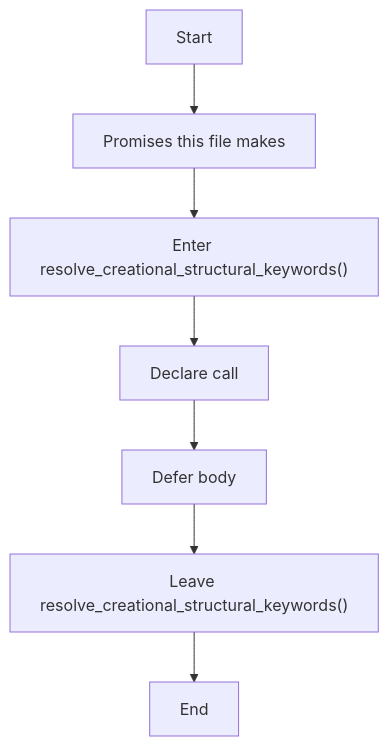
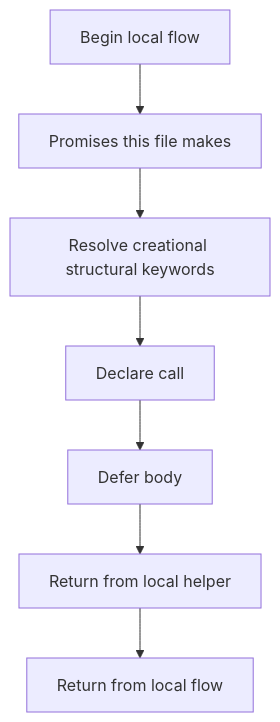
One commit to JohnAndrewBalbarosa/NeoTerritory changed the first of 2 diagrams in docs/Codebase/Microservice/Modules/Header/SyntacticBrokenAST/Analysis/Patterns/Creational/Structure/core.hpp.md. Above: the diagram before and after it, drawn with Mermaid. The commit also changed other lines of this file and 925 other files, not shown here.

````diff
--- a/docs/Codebase/Microservice/Modules/Header/SyntacticBrokenAST/Analysis/Patterns/Creational/Structure/core.hpp.md
+++ b/docs/Codebase/Microservice/Modules/Header/SyntacticBrokenAST/Analysis/Patterns/Creational/Structure/core.hpp.md
@@ -22,16 +21,16 @@
 ```mermaid
 flowchart TD
-    Start["Start"]
+    Start["Begin local flow"]
     N0["Promises this file makes"]
-    N1["Enter resolve_creational_structural_keywords()"]
+    N1["Resolve creational structural keywords"]
     N2["Declare call"]
     N3["Defer body"]
-    N4["Leave resolve_creational_structural_keywords()"]
-    End["End"]
+    N4["Return from local helper"]
+    End["Return from local flow"]
     Start --> N0
     N0 --> N1
     N1 --> N2
     N2 --> N3
     N3 --> N4
     N4 --> End
 ```
````
